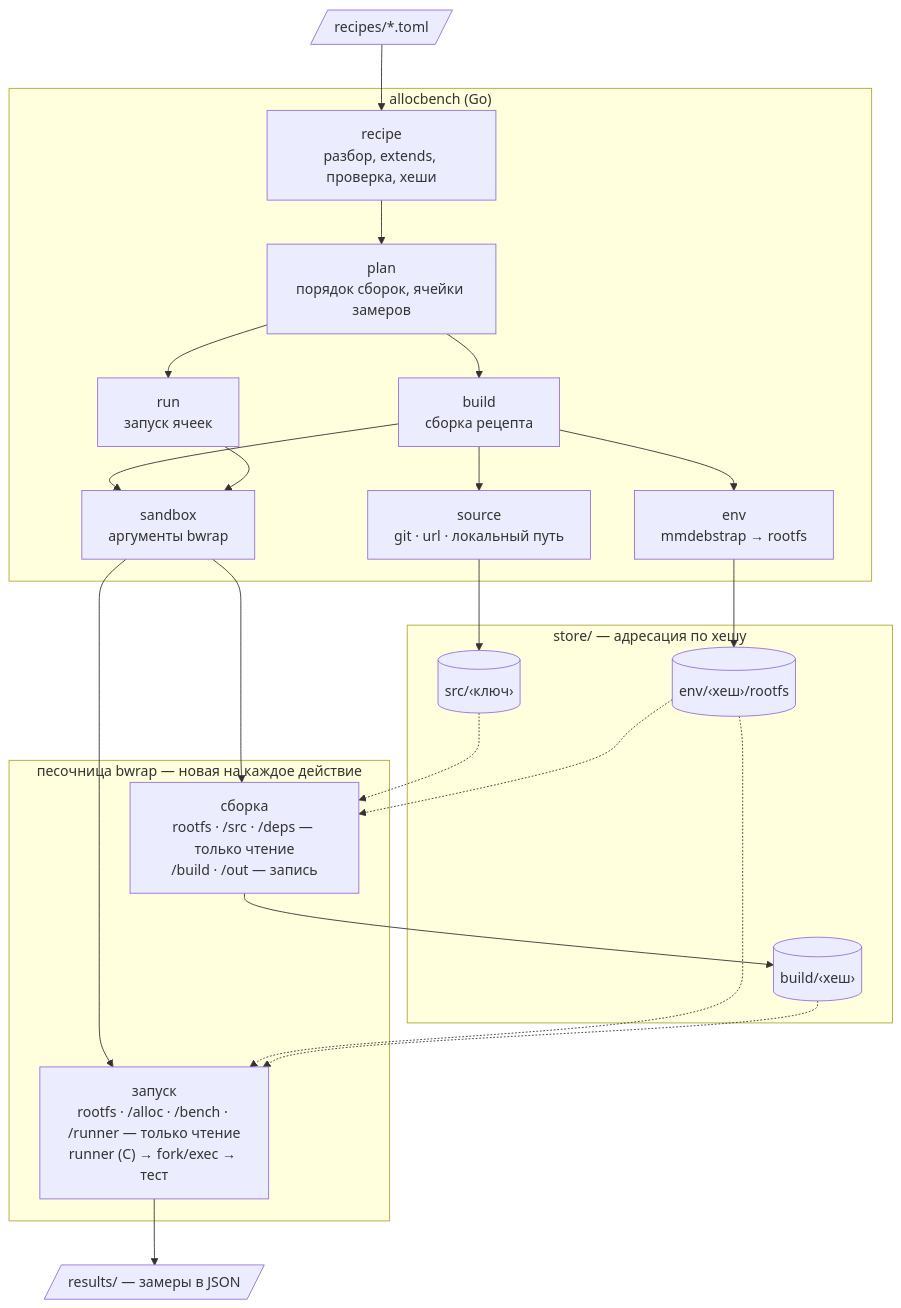
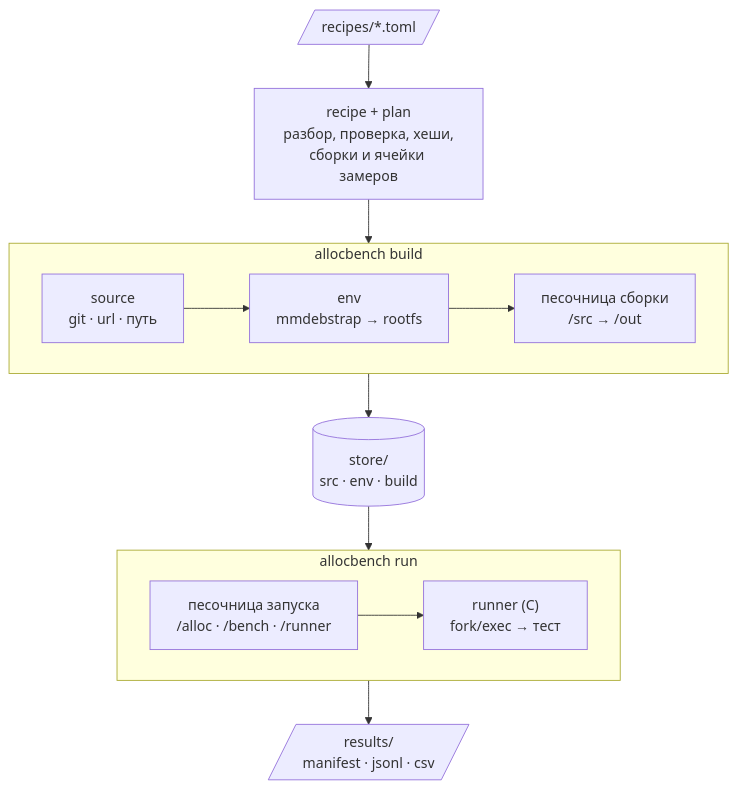
One commit to SolonenkoNikita/allocbench changed the diagram in README.md. Above: the diagram before and after it, drawn with Mermaid. The commit also changed other lines of this file, not shown here.

Commit message:
Simplify architecture diagram in README

````diff
--- a/README.md
+++ b/README.md
@@ -53,43 +53,21 @@
 ```mermaid
 flowchart TB
     Recipes[/"recipes/*.toml"/]
+    Plan["recipe + plan<br/>разбор, проверка, хеши,<br/>сборки и ячейки замеров"]
 
-    subgraph Go["allocbench (Go)"]
-        Recipe["recipe<br/>разбор, extends, проверка, хеши"]
-        Plan["plan<br/>порядок сборок, ячейки замеров"]
-        Build["build<br/>сборка рецепта"]
-        Run["run<br/>запуск ячеек"]
-        Source["source<br/>git · url · локальный путь"]
-        Env["env<br/>mmdebstrap → rootfs"]
-        Sandbox["sandbox<br/>аргументы bwrap"]
+    subgraph BuildStage["allocbench build"]
+        direction LR
+        Source["source<br/>git · url · путь"] --> Env["env<br/>mmdebstrap → rootfs"] --> BuildBox["песочница сборки<br/>/src → /out"]
     end
 
-    subgraph Store["store/ — адресация по хешу"]
-        Src[("src/‹ключ›")]
-        Envs[("env/‹хеш›/rootfs")]
-        Builds[("build/‹хеш›")]
+    Store[("store/<br/>src · env · build")]
+
+    subgraph RunStage["allocbench run"]
+        direction LR
+        RunBox["песочница запуска<br/>/alloc · /bench · /runner"] --> Runner["runner (C)<br/>fork/exec → тест"]
     end
 
-    subgraph Bwrap["песочница bwrap — новая на каждое действие"]
-        BuildBox["сборка<br/>rootfs · /src · /deps — только чтение<br/>/build · /out — запись"]
-        RunBox["запуск<br/>rootfs · /alloc · /bench · /runner — только чтение<br/>runner (C) → fork/exec → тест"]
-    end
+    Results[/"results/<br/>manifest · jsonl · csv"/]
 
-    Results[/"results/ — замеры в JSON"/]
-
-    Recipes --> Recipe --> Plan
-    Plan --> Build
-    Plan --> Run
-    Build --> Source --> Src
-    Build --> Env --> Envs
-    Build --> Sandbox
-    Run --> Sandbox
-    Sandbox --> BuildBox
-    Sandbox --> RunBox
-    Src -.-> BuildBox
-    Envs -.-> BuildBox
-    Envs -.-> RunBox
-    BuildBox --> Builds
-    Builds -.-> RunBox
-    RunBox --> Results
+    Recipes --> Plan --> BuildStage --> Store --> RunStage --> Results
 ```
````
